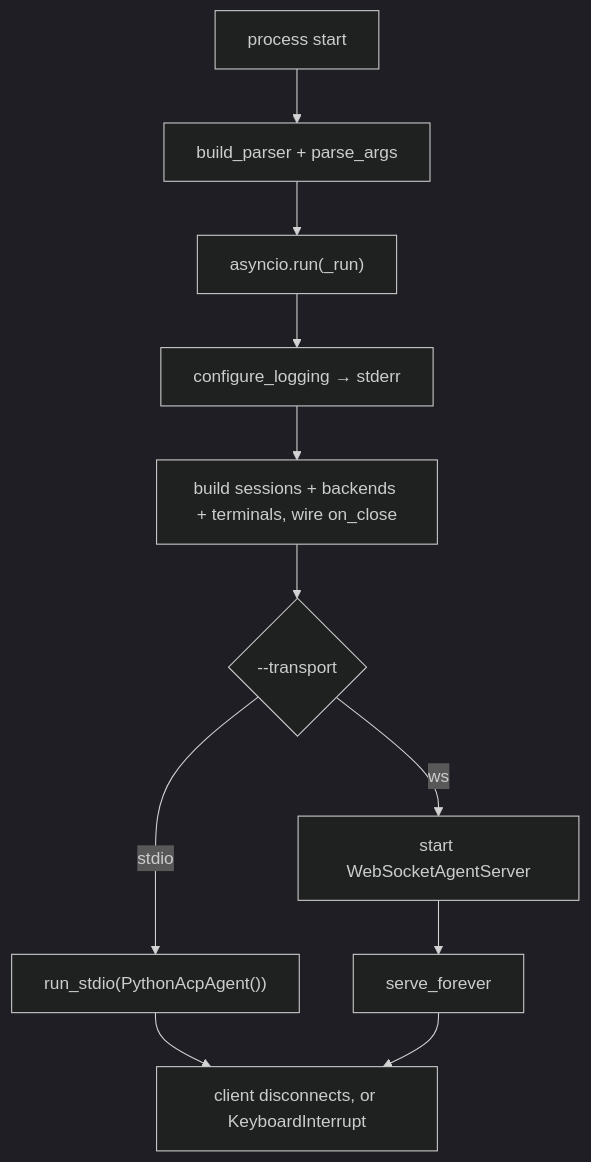
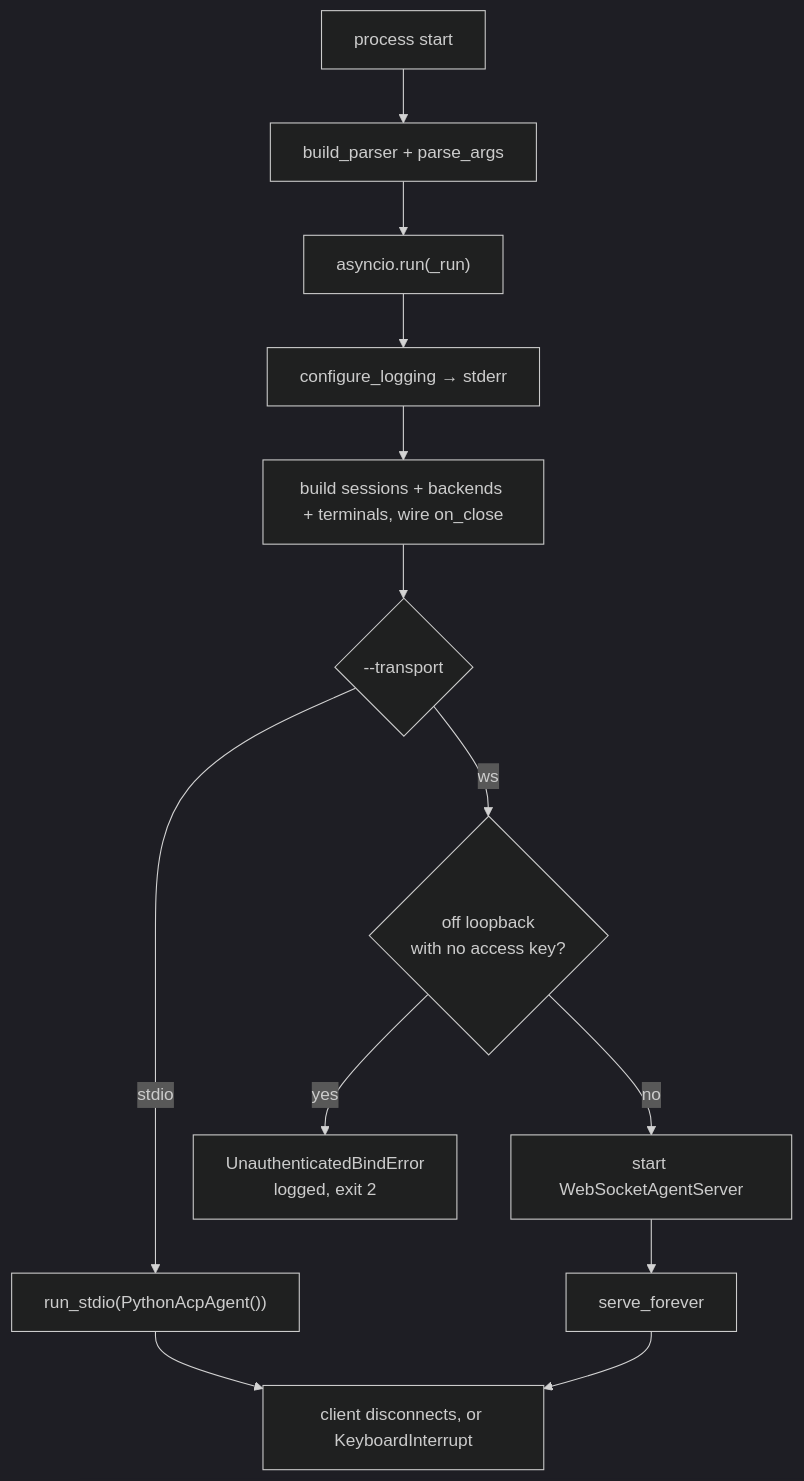
One commit to Digital-Dimentia/python-acp changed the diagram in src/python_acp/cli.md. Above: the diagram before and after it, drawn with Mermaid (dark theme). The commit also changed other lines of this file and 8 other files, not shown here.

````diff
--- a/src/python_acp/cli.md
+++ b/src/python_acp/cli.md
@@ -69,13 +69,15 @@
 ```mermaid
 flowchart TD
     Start["process start"] --> Parse["build_parser + parse_args"]
     Parse --> AsyncRun["asyncio.run(_run)"]
     AsyncRun --> Log["configure_logging → stderr"]
     Log --> Registries["build sessions + backends + terminals, wire on_close"]
     Registries --> Pick{"--transport"}
     Pick -- stdio --> Stdio["run_stdio(PythonAcpAgent())"]
-    Pick -- ws --> BridgeStart["start WebSocketAgentServer"]
+    Pick -- ws --> Guard{"off loopback<br/>with no access key?"}
+    Guard -- yes --> Refuse["UnauthenticatedBindError<br/>logged, exit 2"]
+    Guard -- no --> BridgeStart["start WebSocketAgentServer"]
     BridgeStart --> Serve["serve_forever"]
     Stdio --> Stop["client disconnects, or KeyboardInterrupt"]
     Serve --> Stop
 ```
````
